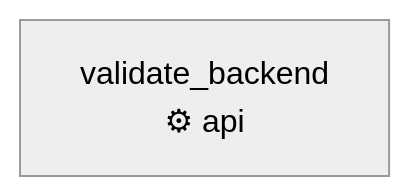
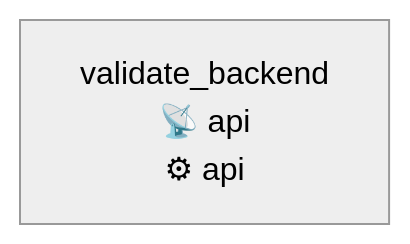
Before and after one commit to jeffersonmachado/r-agent2: the diagram in docs/diagrams/qa-waves/journey-fitness-fitness_customer_checkin-precond_fitness_customer_checkin_attendance_database_accessible.md, drawn with Mermaid (neutral theme). The commit also changed other lines of this file and 74 other files, not shown here.

First line of the commit message:
docs(qa-waves): roteiros de jornada + diagramas + status de plataforma

````diff
--- a/docs/diagrams/qa-waves/journey-fitness-fitness_customer_checkin-precond_fitness_customer_checkin_attendance_database_accessible.md
+++ b/docs/diagrams/qa-waves/journey-fitness-fitness_customer_checkin-precond_fitness_customer_checkin_attendance_database_accessible.md
@@ -5,5 +5,5 @@
 ```mermaid
 flowchart LR
-    step_precond_attendance_database_accessible_1["validate_backend\n⚙ api"]
+    step_precond_attendance_database_accessible_1["validate_backend\n📡 api\n⚙ api"]
 
 ```
````
